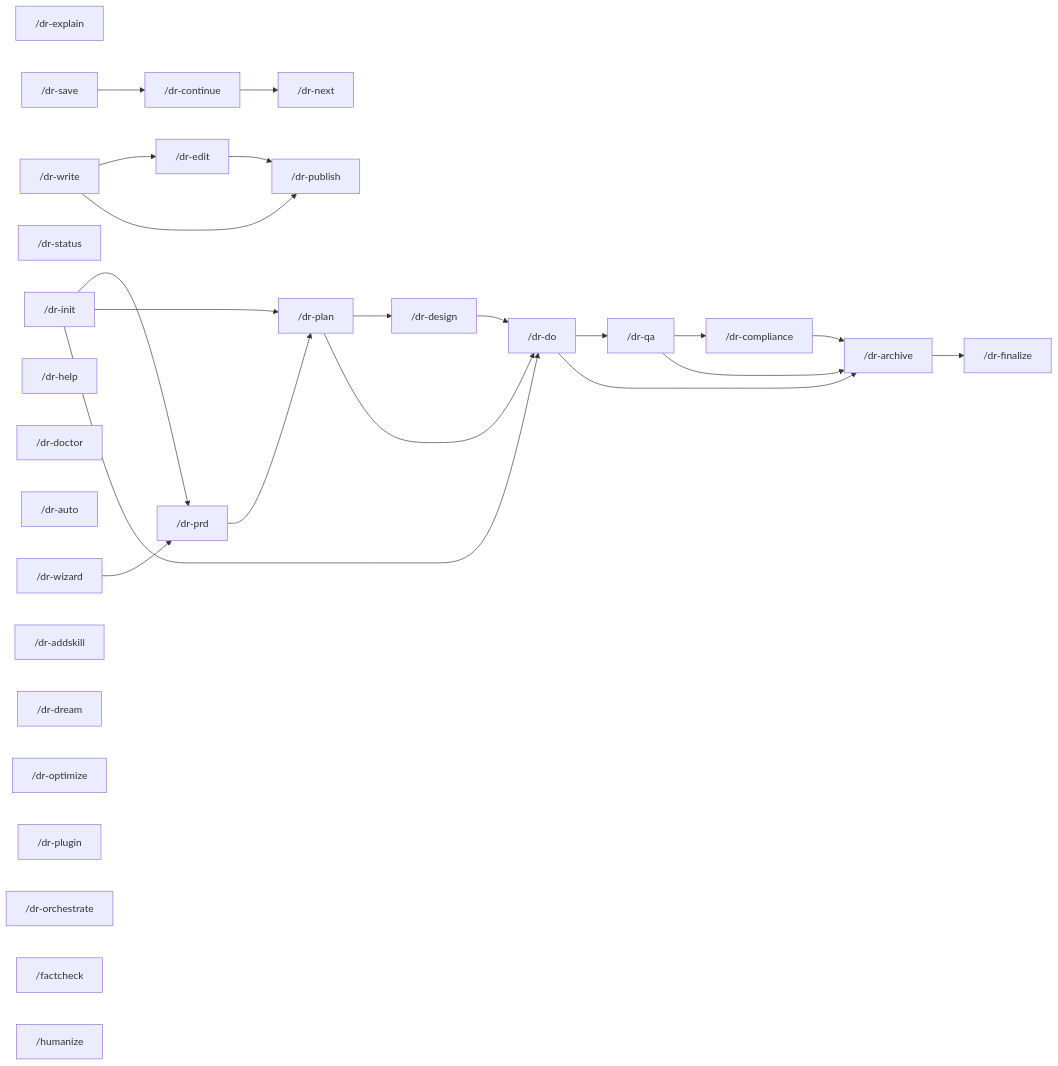
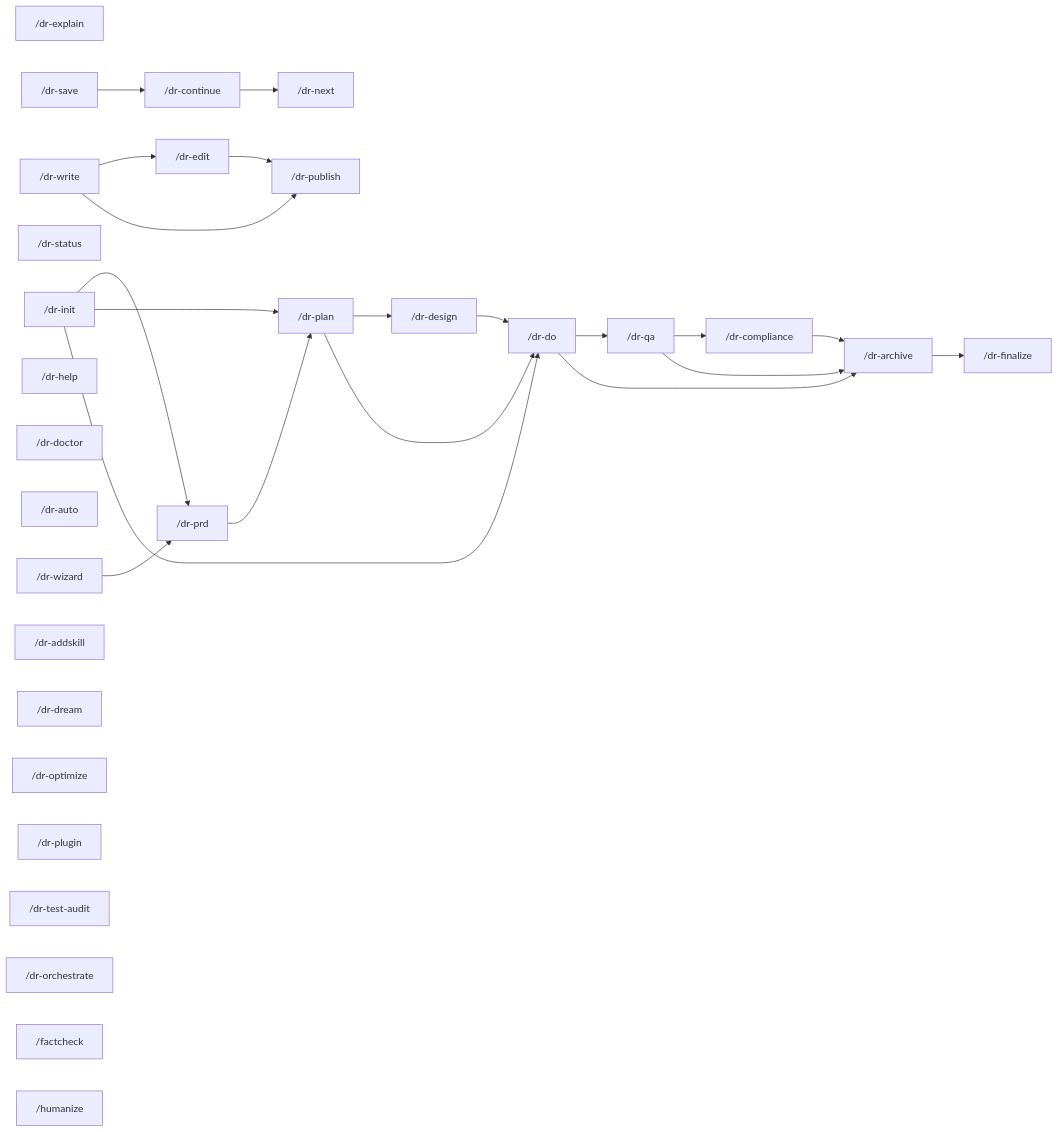
Before and after one commit to Arcanada-one/datarim: the diagram in skills/visual-maps/command-dependencies.md, drawn with Mermaid. The commit also changed other lines of this file and 11 other files, not shown here.

First line of the commit message:
feat: add bounded test audit report CLI (#568)

````diff
--- a/skills/visual-maps/command-dependencies.md
+++ b/skills/visual-maps/command-dependencies.md
@@ -7,34 +7,35 @@
 ```mermaid
 graph LR
     dr-explain["/dr-explain"]
     dr-init["/dr-init"] --> dr-prd["/dr-prd"]
     dr-init["/dr-init"] --> dr-plan["/dr-plan"]
     dr-init["/dr-init"] --> dr-do["/dr-do"]
     dr-prd["/dr-prd"] --> dr-plan["/dr-plan"]
     dr-wizard["/dr-wizard"] --> dr-prd["/dr-prd"]
     dr-plan["/dr-plan"] --> dr-design["/dr-design"]
     dr-plan["/dr-plan"] --> dr-do["/dr-do"]
     dr-design["/dr-design"] --> dr-do["/dr-do"]
     dr-do["/dr-do"] --> dr-qa["/dr-qa"]
     dr-do["/dr-do"] --> dr-archive["/dr-archive"]
     dr-qa["/dr-qa"] --> dr-compliance["/dr-compliance"]
     dr-qa["/dr-qa"] --> dr-archive["/dr-archive"]
     dr-compliance["/dr-compliance"] --> dr-archive["/dr-archive"]
     dr-archive["/dr-archive"] --> dr-finalize["/dr-finalize"]
     dr-status["/dr-status"]
     dr-save["/dr-save"] --> dr-continue["/dr-continue"]
     dr-continue["/dr-continue"] --> dr-next["/dr-next"]
     dr-help["/dr-help"]
     dr-doctor["/dr-doctor"]
     dr-auto["/dr-auto"]
     dr-write["/dr-write"] --> dr-edit["/dr-edit"]
     dr-write["/dr-write"] --> dr-publish["/dr-publish"]
     dr-edit["/dr-edit"] --> dr-publish["/dr-publish"]
     dr-addskill["/dr-addskill"]
     dr-dream["/dr-dream"]
     dr-optimize["/dr-optimize"]
     dr-plugin["/dr-plugin"]
+    dr-test-audit["/dr-test-audit"]
     dr-orchestrate["/dr-orchestrate"]
     factcheck["/factcheck"]
     humanize["/humanize"]
 ```
````
